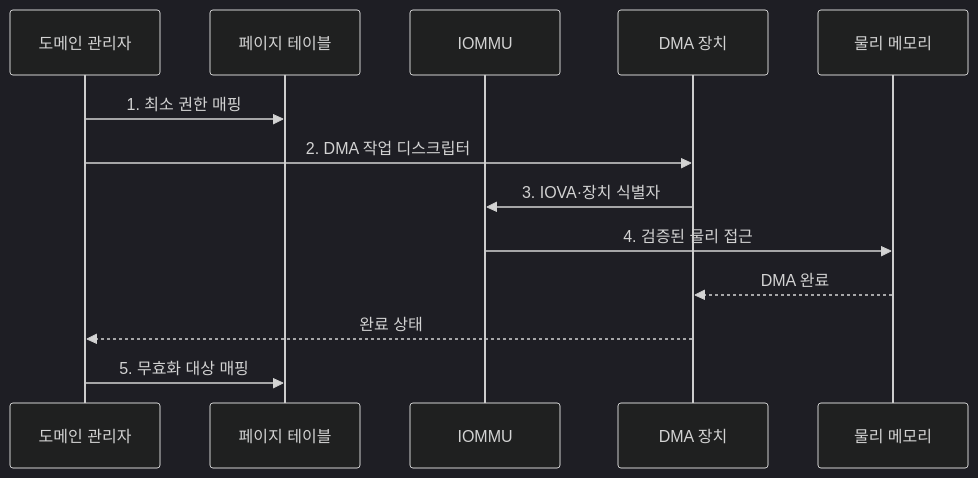
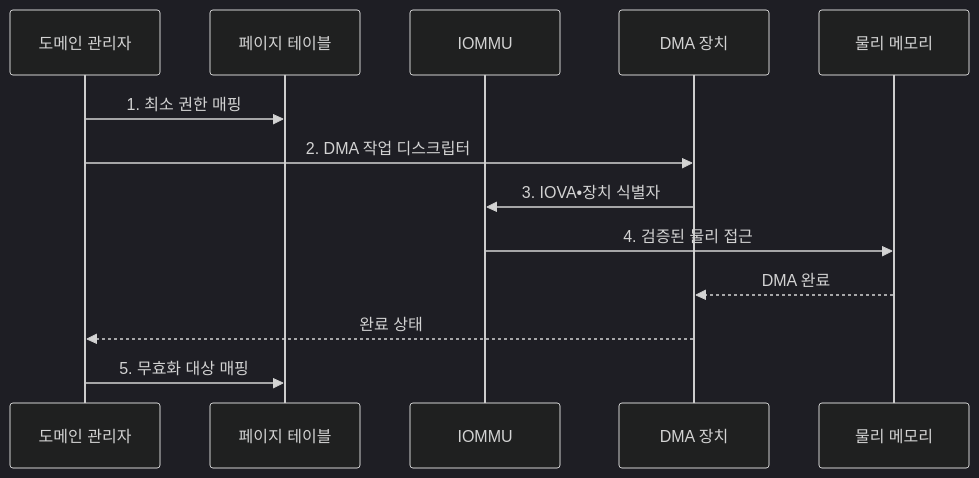
One commit to agnusdei1207/knowledge-base changed the second of 2 diagrams in src/content/docs/notes/02-hardware/086_iommu.md. Above: the diagram before and after it, drawn with Mermaid (dark theme). The commit also changed other lines of this file and 953 other files, not shown here.

````diff
--- a/src/content/docs/notes/02-hardware/086_iommu.md
+++ b/src/content/docs/notes/02-hardware/086_iommu.md
@@ -95,15 +95,15 @@
 ```mermaid
 sequenceDiagram
     participant R as 도메인 관리자
     participant T as 페이지 테이블
     participant I as IOMMU
     participant D as DMA 장치
     participant M as 물리 메모리
     R->>T: 1. 최소 권한 매핑
     R->>D: 2. DMA 작업 디스크립터
-    D->>I: 3. IOVA·장치 식별자
+    D->>I: 3. IOVA•장치 식별자
     I->>M: 4. 검증된 물리 접근
     M-->>D: DMA 완료
     D-->>R: 완료 상태
     R->>T: 5. 무효화 대상 매핑
 ```
````
